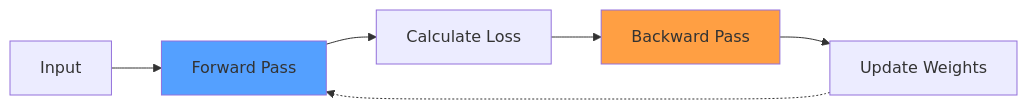
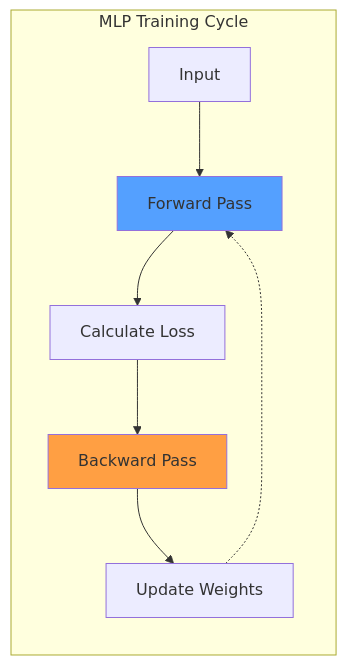
One commit to mabreyes/dlsu-lecture-slides changed the tenth of 39 diagrams in mlp.md. Above: the diagram before and after it, drawn with Mermaid. The commit also changed other lines of this file and 1 other file, not shown here.

````diff
--- a/mlp.md
+++ b/mlp.md
@@ -175,11 +300,13 @@
 ```mermaid
 %%{init: {"theme": "default"}}%%
 flowchart LR
-    A["Input"] --> B["Forward Pass"]
-    B --> C["Calculate Loss"]
-    C --> D["Backward Pass"]
-    D --> E["Update Weights"]
-    E -.-> B
+    subgraph "MLP Training Cycle"
+        A["Input"] --> B["Forward Pass"]
+        B --> C["Calculate Loss"]
+        C --> D["Backward Pass"]
+        D --> E["Update Weights"]
+        E -.-> B
+    end
     style B fill:#54a0ff
     style D fill:#ff9f43
 ```
````
